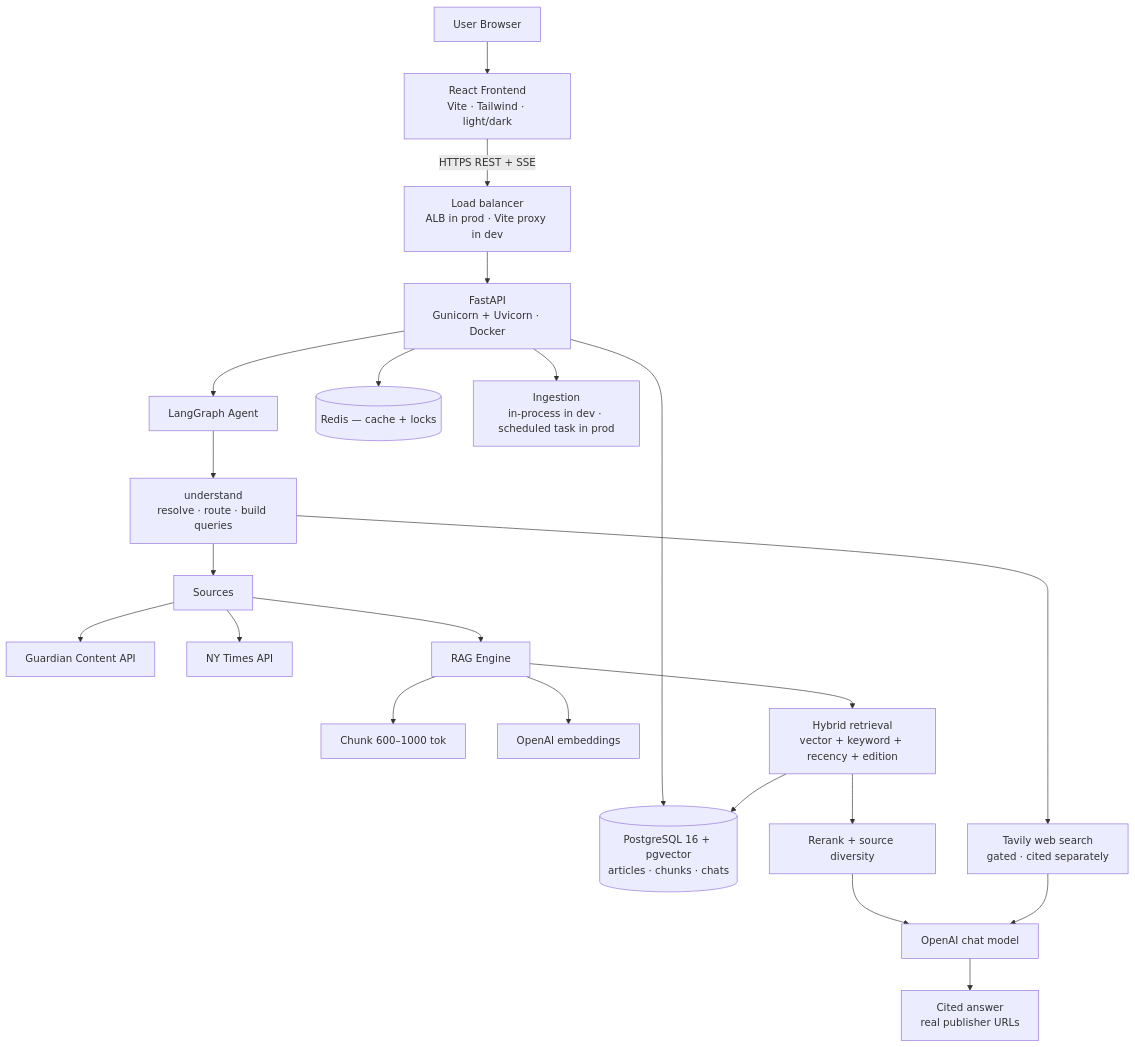
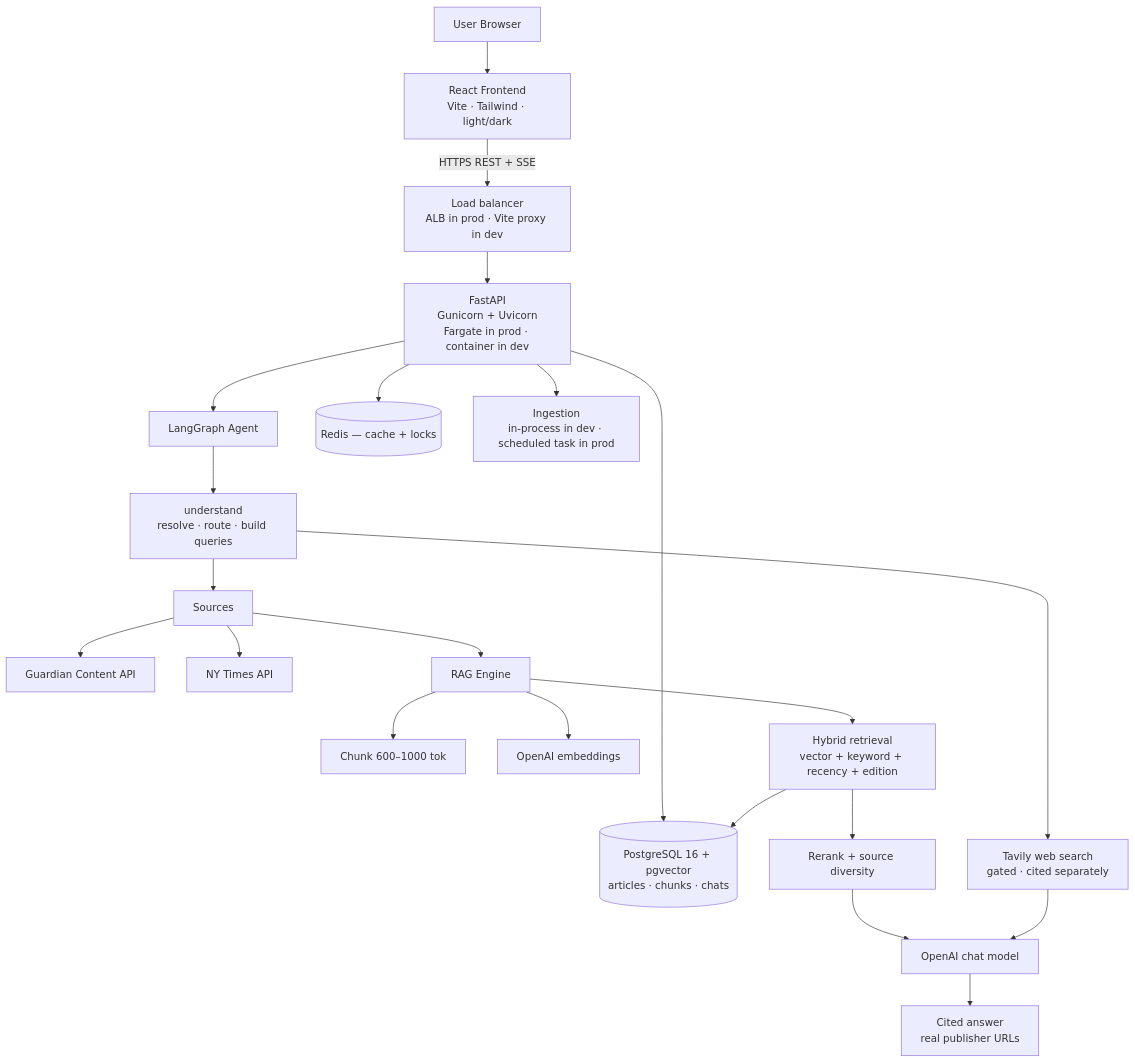
Before and after one commit to AJKumarReddy/Agentic-News-app: the diagram in README.md, drawn with Mermaid. The commit also changed other lines of this file, not shown here.

Commit message:
Changed for Deployment with Fargate

````diff
--- a/README.md
+++ b/README.md
@@ -27,27 +27,27 @@
 ```mermaid
 flowchart TB
     U[User Browser] --> F[React Frontend<br/>Vite · Tailwind · light/dark]
     F -- HTTPS REST + SSE --> N[Load balancer<br/>ALB in prod · Vite proxy in dev]
-    N --> B[FastAPI<br/>Gunicorn + Uvicorn · Docker]
+    N --> B[FastAPI<br/>Gunicorn + Uvicorn<br/>Fargate in prod · container in dev]
 
     B --> AG[LangGraph Agent]
     B --> PG[(PostgreSQL 16 + pgvector<br/>articles · chunks · chats)]
     B --> R[(Redis — cache + locks)]
     B --> SCH[Ingestion<br/>in-process in dev · scheduled task in prod]
 
     AG --> UN[understand<br/>resolve · route · build queries]
     UN --> SRC[Sources]
     SRC --> G[Guardian Content API]
     SRC --> NY[NY Times API]
     UN --> WEB[Tavily web search<br/>gated · cited separately]
 
     SRC --> RAG[RAG Engine]
     RAG --> CH[Chunk 600–1000 tok]
     RAG --> EM[OpenAI embeddings]
     RAG --> HY[Hybrid retrieval<br/>vector + keyword + recency + edition]
     HY --> PG
     HY --> RR[Rerank + source diversity]
     RR --> LLM[OpenAI chat model]
     WEB --> LLM
     LLM --> C[Cited answer<br/>real publisher URLs]
 ```
````
